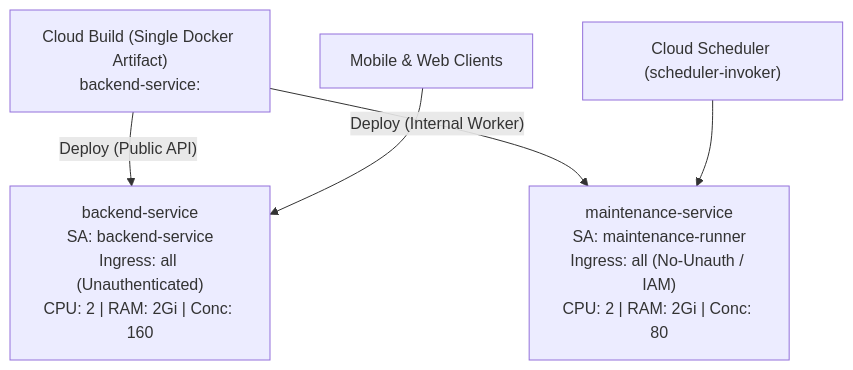
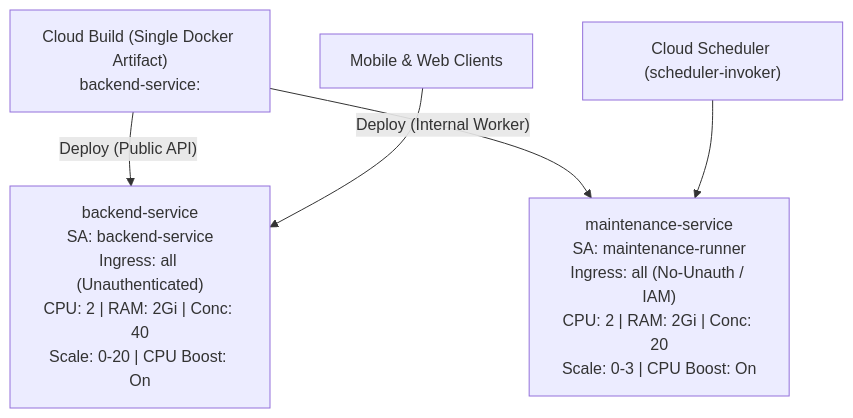
The diagram in docs/docs/deployment.md (SaveSoulApp/Breathaway-Backend), drawn with Mermaid before and after one commit. The commit also changed other lines of this file and 82 other files, not shown here.

````diff
--- a/docs/docs/deployment.md
+++ b/docs/docs/deployment.md
@@ -40,10 +40,10 @@
 ```mermaid
 flowchart TD
     BUILD["Cloud Build (Single Docker Artifact)<br/>backend-service:<git-commit>"]
 
-    BUILD -->|"Deploy (Public API)"| PUB["backend-service<br/>SA: backend-service<br/>Ingress: all (Unauthenticated)<br/>CPU: 2 | RAM: 2Gi | Conc: 160"]
-    BUILD -->|"Deploy (Internal Worker)"| MAINT["maintenance-service<br/>SA: maintenance-runner<br/>Ingress: all (No-Unauth / IAM)<br/>CPU: 2 | RAM: 2Gi | Conc: 80"]
+    BUILD -->|"Deploy (Public API)"| PUB["backend-service<br/>SA: backend-service<br/>Ingress: all (Unauthenticated)<br/>CPU: 2 | RAM: 2Gi | Conc: 40<br/>Scale: 0-20 | CPU Boost: On"]
+    BUILD -->|"Deploy (Internal Worker)"| MAINT["maintenance-service<br/>SA: maintenance-runner<br/>Ingress: all (No-Unauth / IAM)<br/>CPU: 2 | RAM: 2Gi | Conc: 20<br/>Scale: 0-3 | CPU Boost: On"]
 
     CLIENTS["Mobile & Web Clients"] --> PUB
     SCHEDULER["Cloud Scheduler (scheduler-invoker)"] --> MAINT
 ```
````
